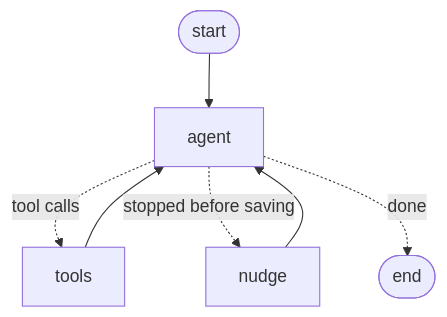
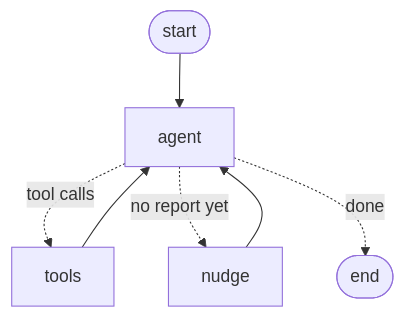
One commit to ALI-AL-MARJANI/ai-act-compliance-agent changed the second of 2 diagrams in README.md. Above: the diagram before and after it, drawn with Mermaid. The commit also changed other lines of this file, not shown here.

````diff
--- a/README.md
+++ b/README.md
@@ -90,9 +127,9 @@
 ```mermaid
 graph TD
     __start__([start]) --> agent
     agent -.->|tool calls| tools
-    agent -.->|stopped before saving| nudge
+    agent -.->|no report yet| nudge
     agent -.->|done| __end__([end])
     tools --> agent
     nudge --> agent
 ```
````
